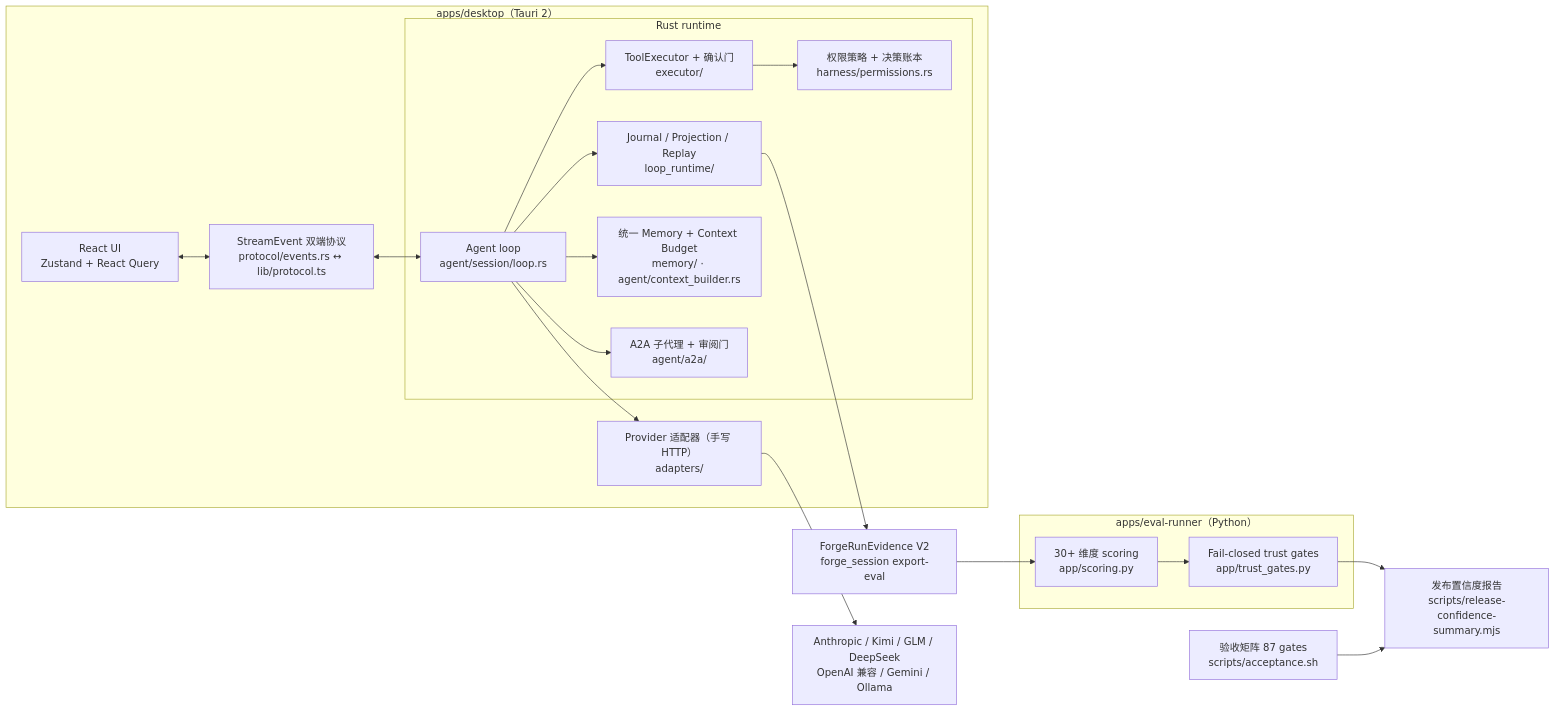
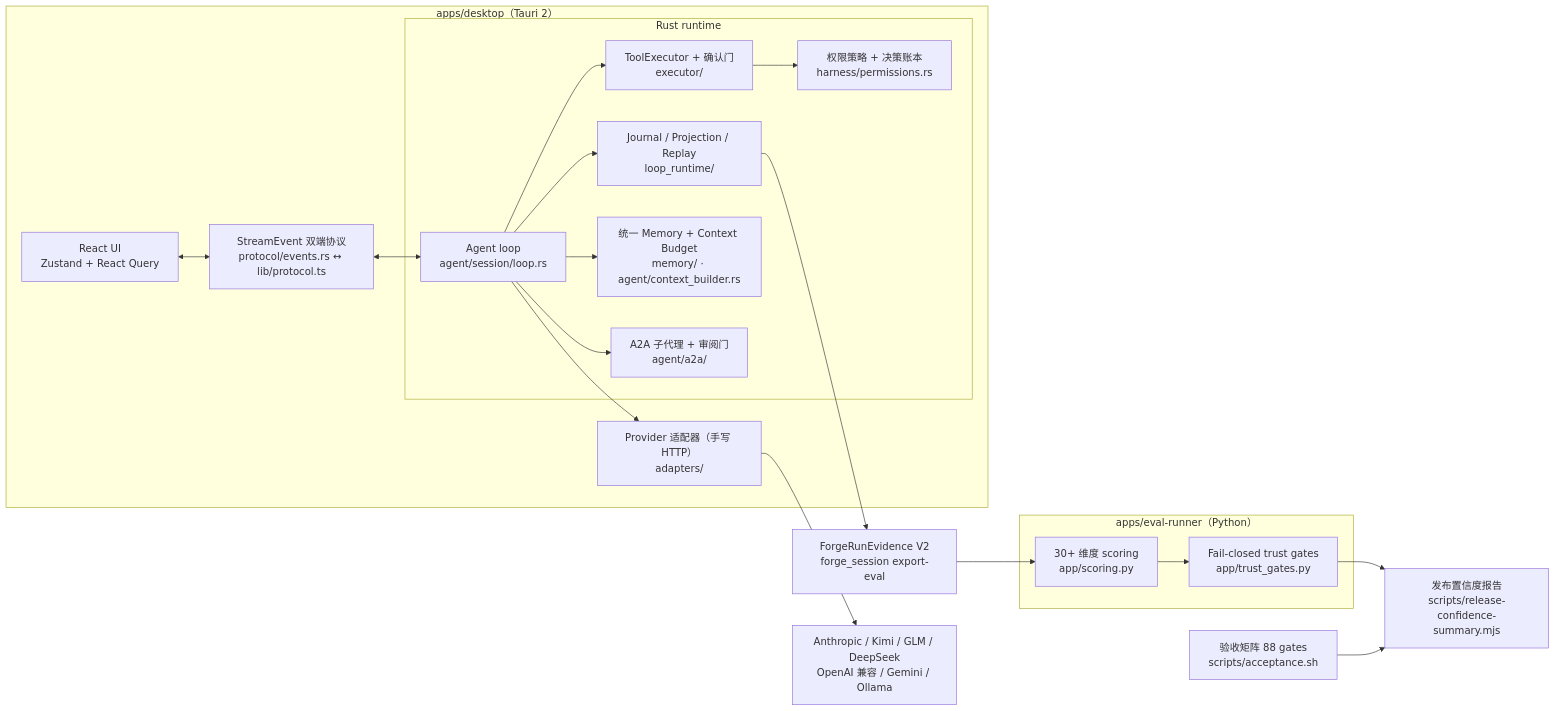
Before and after one commit to Cabbos/forge: the diagram in README.md, drawn with Mermaid. The commit also changed other lines of this file and 19 other files, not shown here.

````diff
--- a/README.md
+++ b/README.md
@@ -32,39 +32,39 @@
 ```mermaid
 flowchart LR
   subgraph Desktop["apps/desktop（Tauri 2）"]
     UI["React UI<br/>Zustand + React Query"]
     Protocol["StreamEvent 双端协议<br/>protocol/events.rs ↔ lib/protocol.ts"]
     subgraph Runtime["Rust runtime"]
       Loop["Agent loop<br/>agent/session/loop.rs"]
       Exec["ToolExecutor + 确认门<br/>executor/"]
       Perm["权限策略 + 决策账本<br/>harness/permissions.rs"]
       Journal["Journal / Projection / Replay<br/>loop_runtime/"]
       Mem["统一 Memory + Context Budget<br/>memory/ · agent/context_builder.rs"]
       A2A["A2A 子代理 + 审阅门<br/>agent/a2a/"]
     end
     Adapters["Provider 适配器（手写 HTTP）<br/>adapters/"]
   end
   Providers["Anthropic / Kimi / GLM / DeepSeek<br/>OpenAI 兼容 / Gemini / Ollama"]
   Evidence["ForgeRunEvidence V2<br/>forge_session export-eval"]
   subgraph Eval["apps/eval-runner（Python）"]
     Scoring["30+ 维度 scoring<br/>app/scoring.py"]
     Trust["Fail-closed trust gates<br/>app/trust_gates.py"]
   end
-  Accept["验收矩阵 87 gates<br/>scripts/acceptance.sh"]
+  Accept["验收矩阵 88 gates<br/>scripts/acceptance.sh"]
   Confidence["发布置信度报告<br/>scripts/release-confidence-summary.mjs"]
 
   UI <--> Protocol
   Protocol <--> Loop
   Loop --> Exec
   Exec --> Perm
   Loop --> Journal
   Loop --> Mem
   Loop --> A2A
   Loop --> Adapters
   Adapters --> Providers
   Journal --> Evidence
   Evidence --> Scoring
   Scoring --> Trust
   Trust --> Confidence
   Accept --> Confidence
 ```
````
